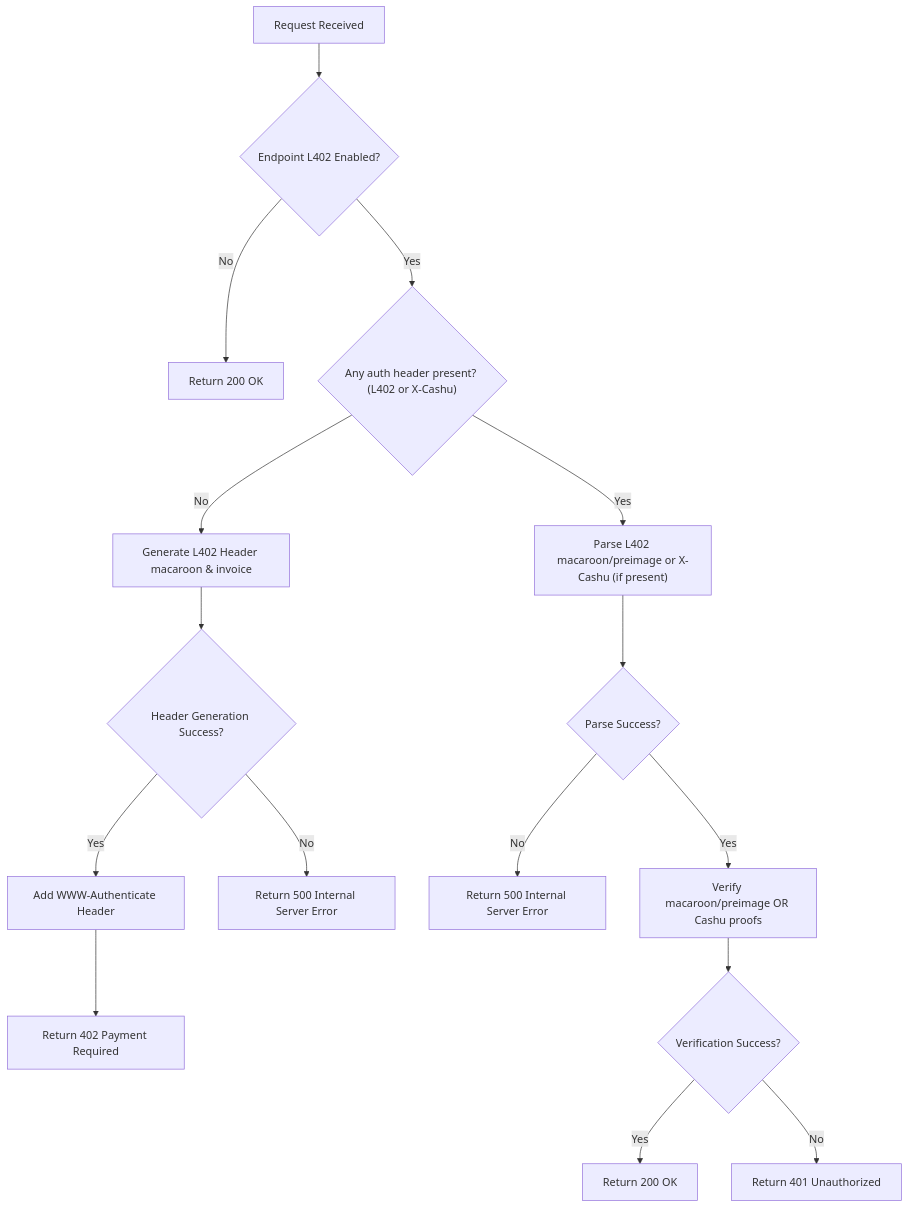
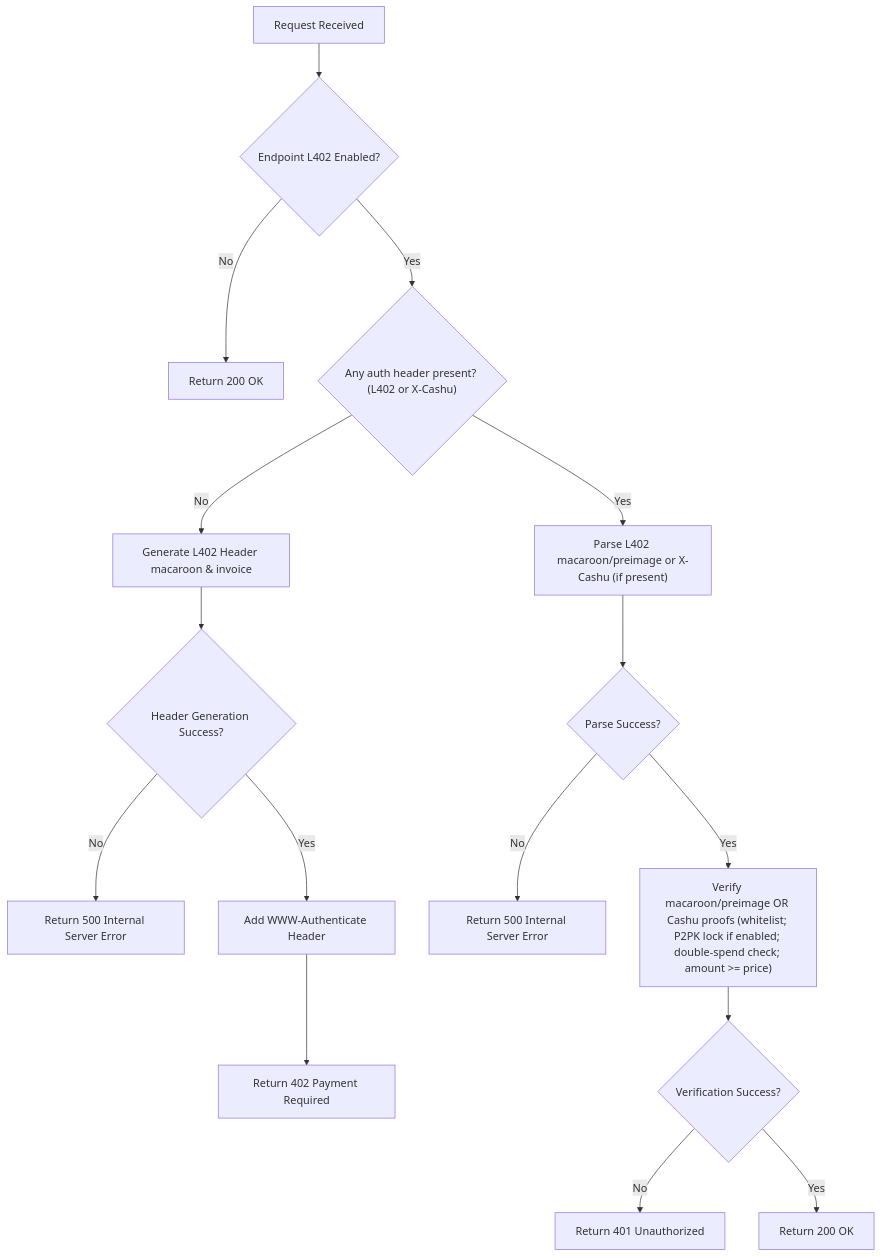
One commit to DhananjayPurohit/ngx_l402 changed the diagram in docs/index.md. Above: the diagram before and after it, drawn with Mermaid. The commit also changed other lines of this file, not shown here.

Commit message:
chore: update mermaid diagram for docs site

````diff
--- a/docs/index.md
+++ b/docs/index.md
@@ -25,18 +25,18 @@
 ```mermaid
 graph TD;
     A[Request Received] --> B{Endpoint L402 Enabled?}
     B -->|No| C[Return 200 OK]
     B -->|Yes| D{"Any auth header present? (L402 or X-Cashu)"}
     D -->|No| F[Generate L402 Header macaroon & invoice]
+    D -->|Yes| K["Parse L402 macaroon/preimage or X-Cashu (if present)"]
     F --> G{Header Generation Success?}
+    G -->|No| I[Return 500 Internal Server Error]
     G -->|Yes| H[Add WWW-Authenticate Header]
-    G -->|No| I[Return 500 Internal Server Error]
     H --> J[Return 402 Payment Required]
-    D -->|Yes| K["Parse L402 macaroon/preimage or X-Cashu (if present)"]
     K --> L{Parse Success?}
     L -->|No| M[Return 500 Internal Server Error]
-    L -->|Yes| N["Verify macaroon/preimage OR Cashu proofs"]
+    L -->|Yes| N["Verify macaroon/preimage OR Cashu proofs (whitelist; P2PK lock if enabled; double-spend check; amount >= price)"]
     N --> O{Verification Success?}
+    O -->|No| Q[Return 401 Unauthorized]
     O -->|Yes| P[Return 200 OK]
-    O -->|No| Q[Return 401 Unauthorized]
 ```
````
